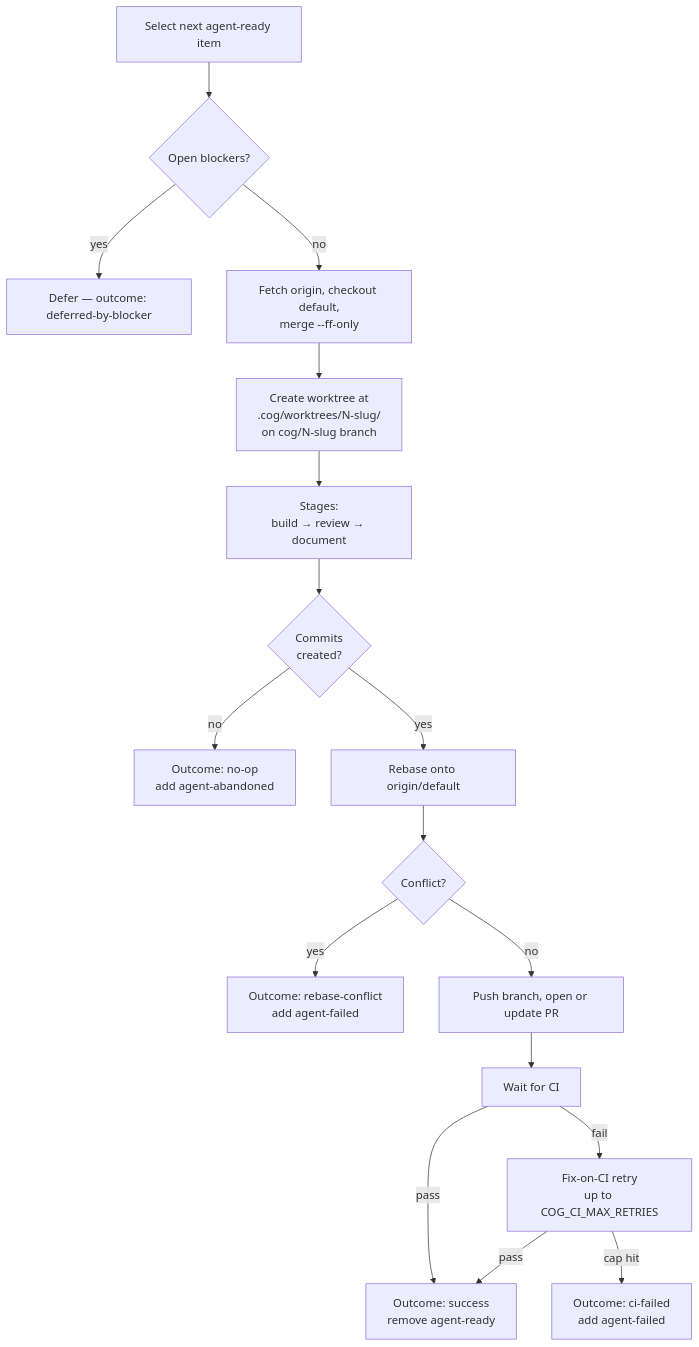
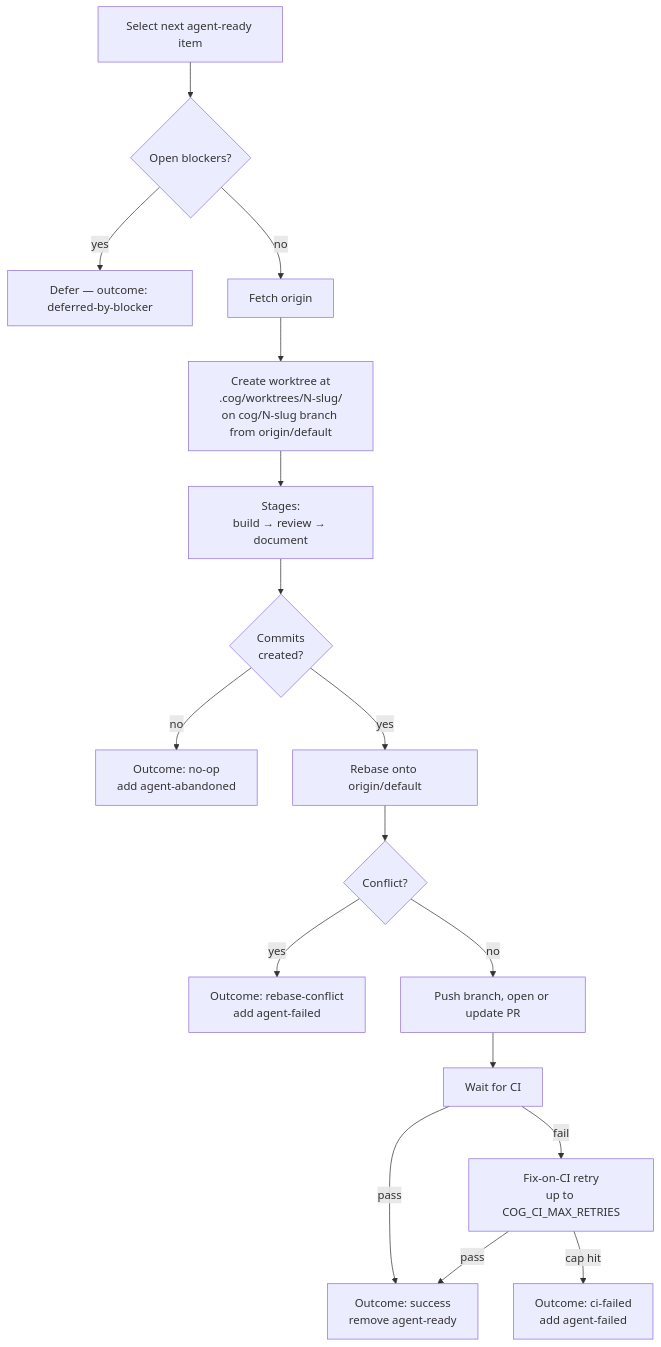
One commit to jessiepuls/cog changed the diagram in docs/workflows/ralph.md. Above: the diagram before and after it, drawn with Mermaid. The commit also changed 1 other file, not shown here.

Commit message:
Ralph review: run iteration_end on Ctrl+C; correct ralph.md flow
- screens/run.py: catch BaseException so worktree teardown also runs on
  cancellation. The previous `except Exception` missed CancelledError
  (which derives from BaseException), leaving the worktree behind on
  Ctrl+C; the dead-code branch in the it_outcome ternary signaled the
  intent but never ran. The orphan scan cleans up next startup, but the
  same-process teardown is now correct and a stuck-worktree marker no
  longer races against cancellation cleanup.
- docs/workflows/ralph.md: the mermaid diagram still showed the old
  "checkout default + merge --ff-only" pre_stages step, which #152
  explicitly removed. Replaced with "fetch origin" + worktree creation
  from origin/default.

````diff
--- a/docs/workflows/ralph.md
+++ b/docs/workflows/ralph.md
@@ -12,19 +12,19 @@
 ```mermaid
 flowchart TD
     Select[Select next agent-ready item] --> Blockers{Open blockers?}
     Blockers -->|yes| Defer[Defer — outcome: deferred-by-blocker]
-    Blockers -->|no| Prep[Fetch origin, checkout default,<br/>merge --ff-only]
-    Prep --> Branch[Create worktree at<br/>.cog/worktrees/N-slug/<br/>on cog/N-slug branch]
+    Blockers -->|no| Prep[Fetch origin]
+    Prep --> Branch[Create worktree at<br/>.cog/worktrees/N-slug/<br/>on cog/N-slug branch from origin/default]
     Branch --> Stages[Stages:<br/>build → review → document]
     Stages --> Commits{Commits<br/>created?}
     Commits -->|no| Noop[Outcome: no-op<br/>add agent-abandoned]
     Commits -->|yes| Rebase[Rebase onto origin/default]
     Rebase --> Conflict{Conflict?}
     Conflict -->|yes| RebaseErr[Outcome: rebase-conflict<br/>add agent-failed]
     Conflict -->|no| Push[Push branch, open or update PR]
     Push --> CI[Wait for CI]
     CI -->|pass| Success[Outcome: success<br/>remove agent-ready]
     CI -->|fail| FixLoop[Fix-on-CI retry<br/>up to COG_CI_MAX_RETRIES]
     FixLoop -->|pass| Success
     FixLoop -->|cap hit| CIFailed[Outcome: ci-failed<br/>add agent-failed]
 ```
````
